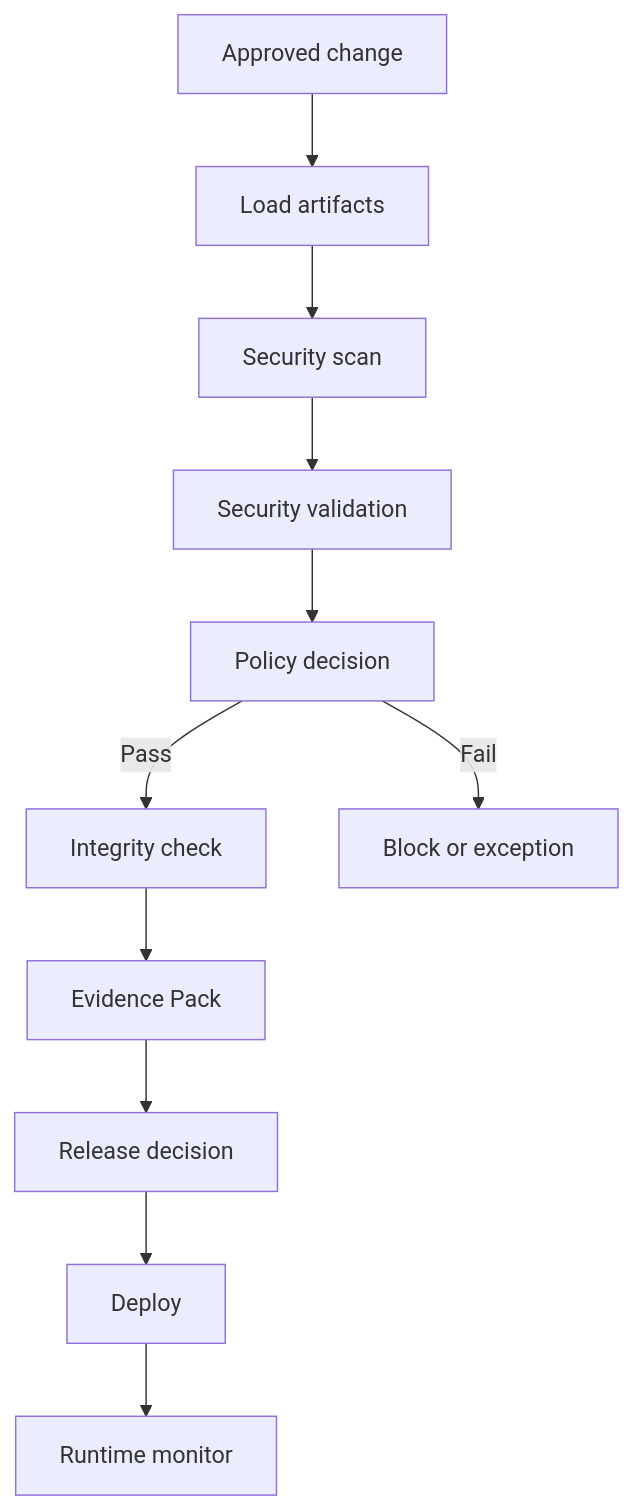
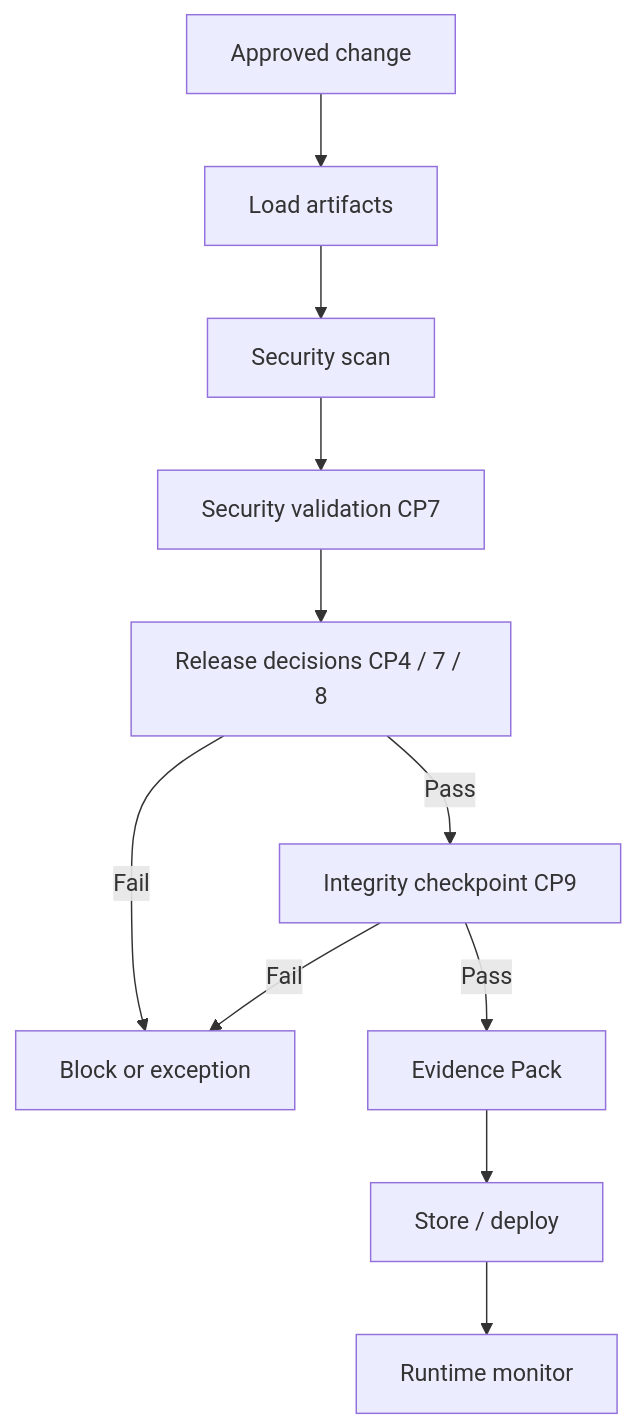
One commit to MHaghighian/MLSecOps changed the sixth of 9 diagrams in chapters-en/17-appendix-e-implementation-reference.md. Above: the diagram before and after it, drawn with Mermaid. The commit also changed other lines of this file and 16 other files, not shown here.

````diff
--- a/chapters-en/17-appendix-e-implementation-reference.md
+++ b/chapters-en/17-appendix-e-implementation-reference.md
@@ -252,13 +252,13 @@
 ```mermaid
 flowchart TB
     Change[Approved change] --> Load[Load artifacts]
     Load --> Scan[Security scan]
-    Scan --> Tests[Security validation]
-    Tests --> Policy[Policy decision]
-    Policy -->|Pass| Integrity[Integrity check]
-    Policy -->|Fail| Block[Block or exception]
-    Integrity --> Pack[Evidence Pack]
-    Pack --> Release[Release decision]
-    Release --> Deploy[Deploy]
+    Scan --> Tests[Security validation CP7]
+    Tests --> ReleaseDec[Release decisions CP4 / 7 / 8]
+    ReleaseDec -->|Pass| Integrity[Integrity checkpoint CP9]
+    ReleaseDec -->|Fail| Block[Block or exception]
+    Integrity -->|Pass| Pack[Evidence Pack]
+    Integrity -->|Fail| Block
+    Pack --> Deploy[Store / deploy]
     Deploy --> Monitor[Runtime monitor]
 ```
````
